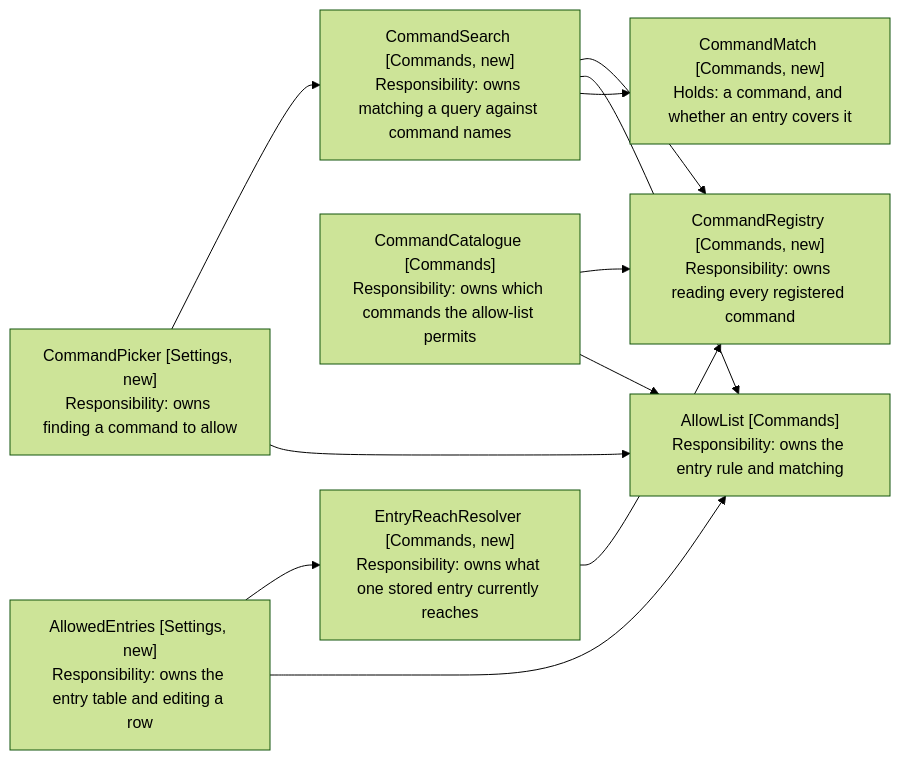
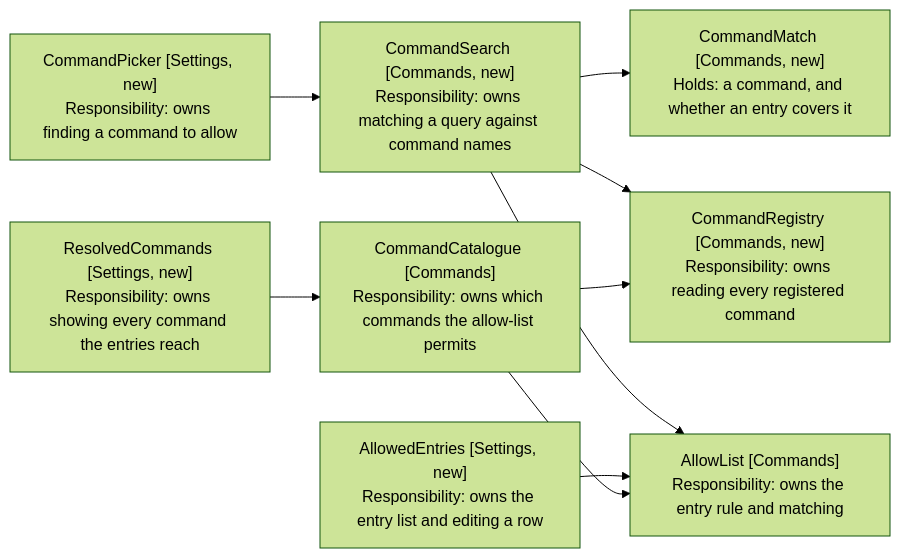
One commit to iparips/obsidian-owl changed the first of 2 diagrams in docs/spec/4-obsidian-agent-harness/2-settings-command-picker/3-component-design.md. Above: the diagram before and after it, drawn with Mermaid (forest theme). The commit also changed other lines of this file and 37 other files, not shown here.

First line of the commit message:
Add a settings command picker, and fix the colon-less id rule

````diff
--- a/docs/spec/4-obsidian-agent-harness/2-settings-command-picker/3-component-design.md
+++ b/docs/spec/4-obsidian-agent-harness/2-settings-command-picker/3-component-design.md
@@ -70,22 +70,20 @@
 ```mermaid
 flowchart LR
     Picker["CommandPicker [Settings, new]<br/>Responsibility: owns finding a command to allow"]
     Search["CommandSearch [Commands, new]<br/>Responsibility: owns matching a query against command names"]
     Registry["CommandRegistry [Commands, new]<br/>Responsibility: owns reading every registered command"]
     Catalogue["CommandCatalogue [Commands]<br/>Responsibility: owns which commands the allow-list permits"]
     AllowList["AllowList [Commands]<br/>Responsibility: owns the entry rule and matching"]
-    Entries["AllowedEntries [Settings, new]<br/>Responsibility: owns the entry table and editing a row"]
-    Reach["EntryReachResolver [Commands, new]<br/>Responsibility: owns what one stored entry currently reaches"]
+    Entries["AllowedEntries [Settings, new]<br/>Responsibility: owns the entry list and editing a row"]
+    Resolved["ResolvedCommands [Settings, new]<br/>Responsibility: owns showing every command the entries reach"]
     Match["CommandMatch [Commands, new]<br/>Holds: a command, and whether an entry covers it"]
 
     Picker --> Search
-    Picker --> AllowList
     Search --> Registry
     Search --> AllowList
     Search --> Match
-    Entries --> Reach
     Entries --> AllowList
-    Reach --> Registry
+    Resolved --> Catalogue
     Catalogue --> Registry
     Catalogue --> AllowList
 ```
````
